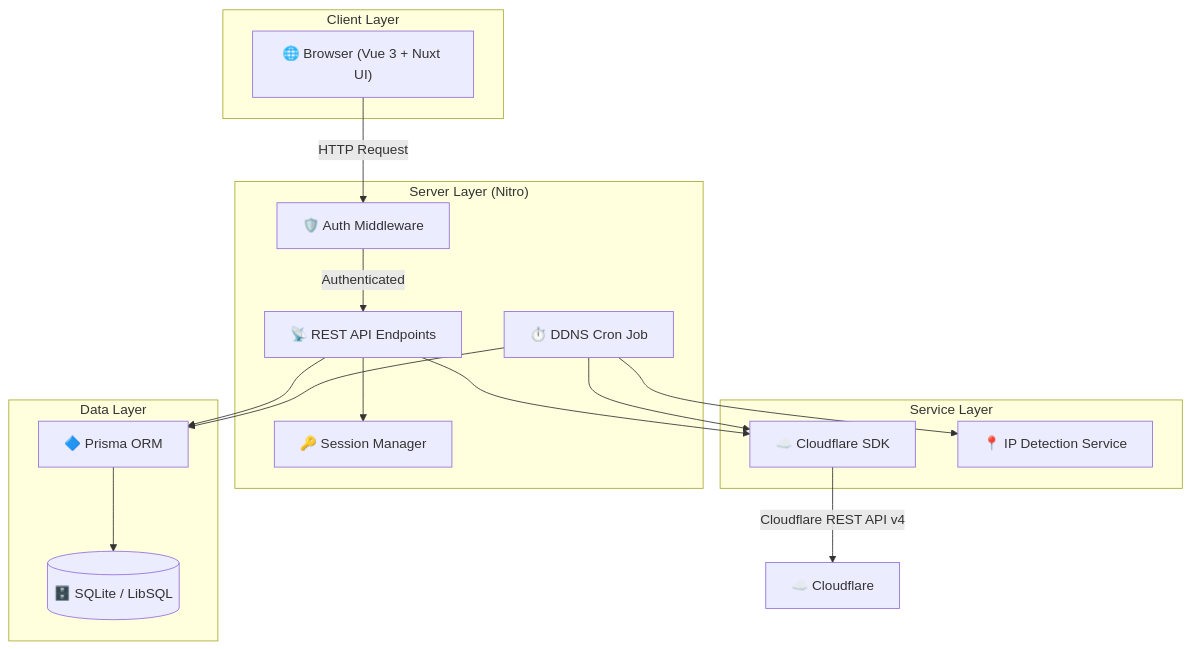
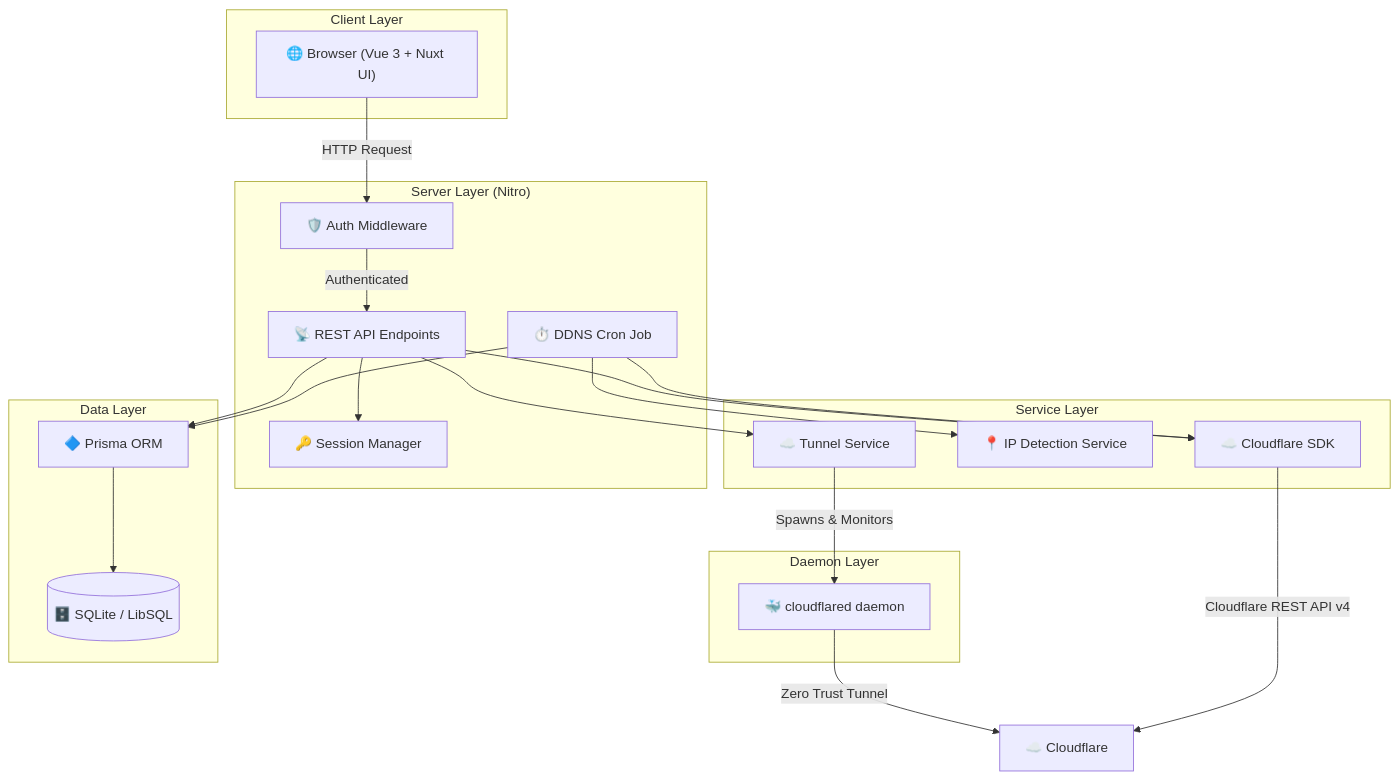
Before and after one commit to riiixch/TetherDNS: the diagram in README.md, drawn with Mermaid. The commit also changed other lines of this file and 3 other files, not shown here.

Commit message:
feat: integrate Cloudflare Tunnel support, update documentation, and bump project dependencies

````diff
--- a/README.md
+++ b/README.md
@@ -125,34 +125,42 @@
 ```mermaid
 graph TD
     subgraph "Client Layer"
         Browser["🌐 Browser (Vue 3 + Nuxt UI)"]
     end
 
     subgraph "Server Layer (Nitro)"
         Middleware["🛡️ Auth Middleware"]
         API["📡 REST API Endpoints"]
         Session["🔑 Session Manager"]
         Cron["⏱️ DDNS Cron Job"]
     end
 
     subgraph "Service Layer"
         CFService["☁️ Cloudflare SDK"]
         IPService["📍 IP Detection Service"]
+        TunnelService["☁️ Tunnel Service"]
+    end
+
+    subgraph "Daemon Layer"
+        Cloudflared["🐳 cloudflared daemon"]
     end
 
     subgraph "Data Layer"
         Prisma["🔷 Prisma ORM"]
         SQLite[("🗄️ SQLite / LibSQL")]
     end
 
     Browser -->|"HTTP Request"| Middleware
     Middleware -->|"Authenticated"| API
     API --> Session
     API --> CFService
+    API --> TunnelService
     API --> Prisma
     Cron --> IPService
     Cron --> CFService
     Cron --> Prisma
-    CFService -->|"Cloudflare REST API v4"| Cloudflare["☁️ Cloudflare"]
+    TunnelService -->|"Spawns & Monitors"| Cloudflared
+    Cloudflared -->|"Zero Trust Tunnel"| Cloudflare["☁️ Cloudflare"]
+    CFService -->|"Cloudflare REST API v4"| Cloudflare
     Prisma --> SQLite
 ```
````
